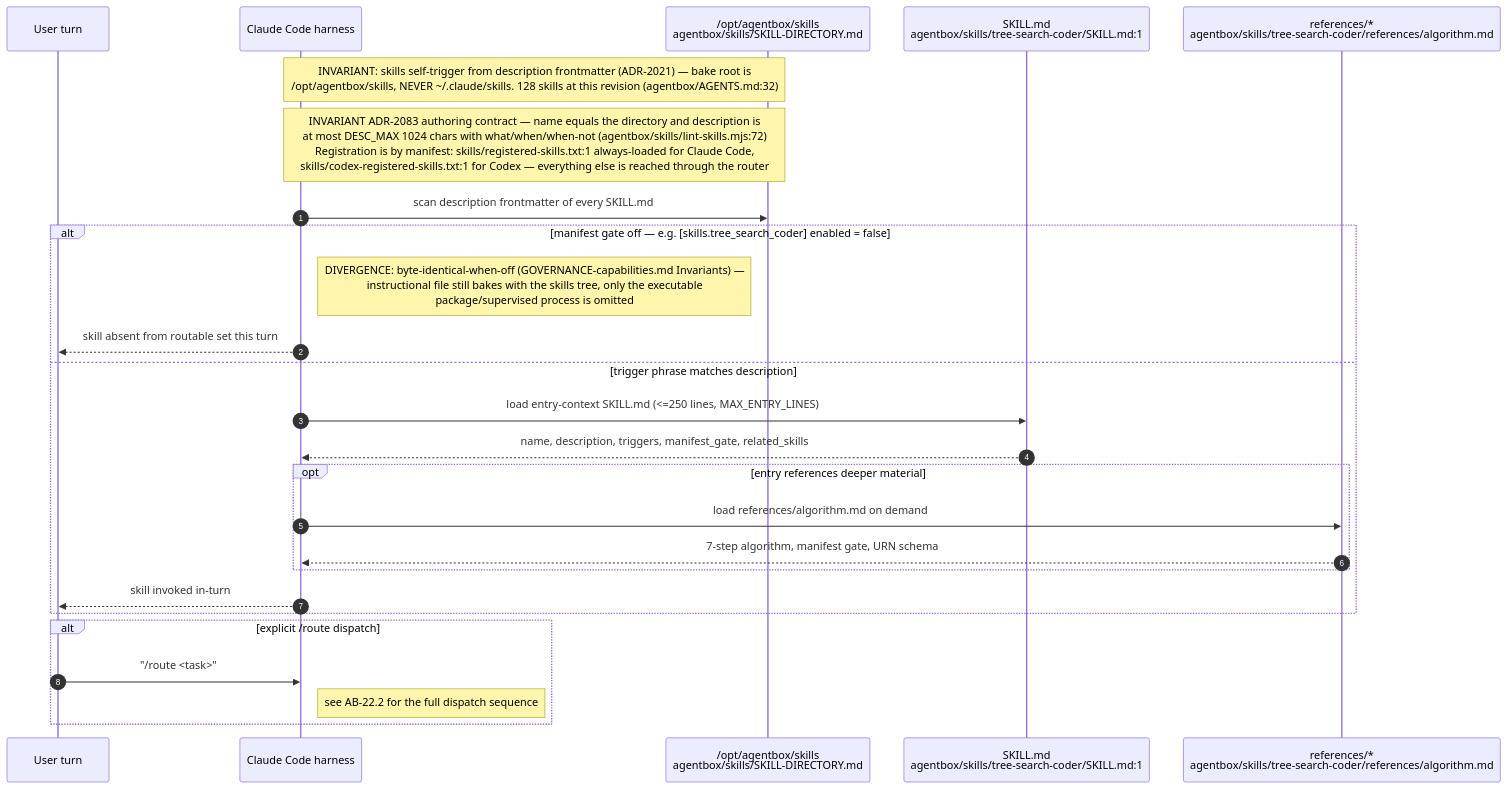
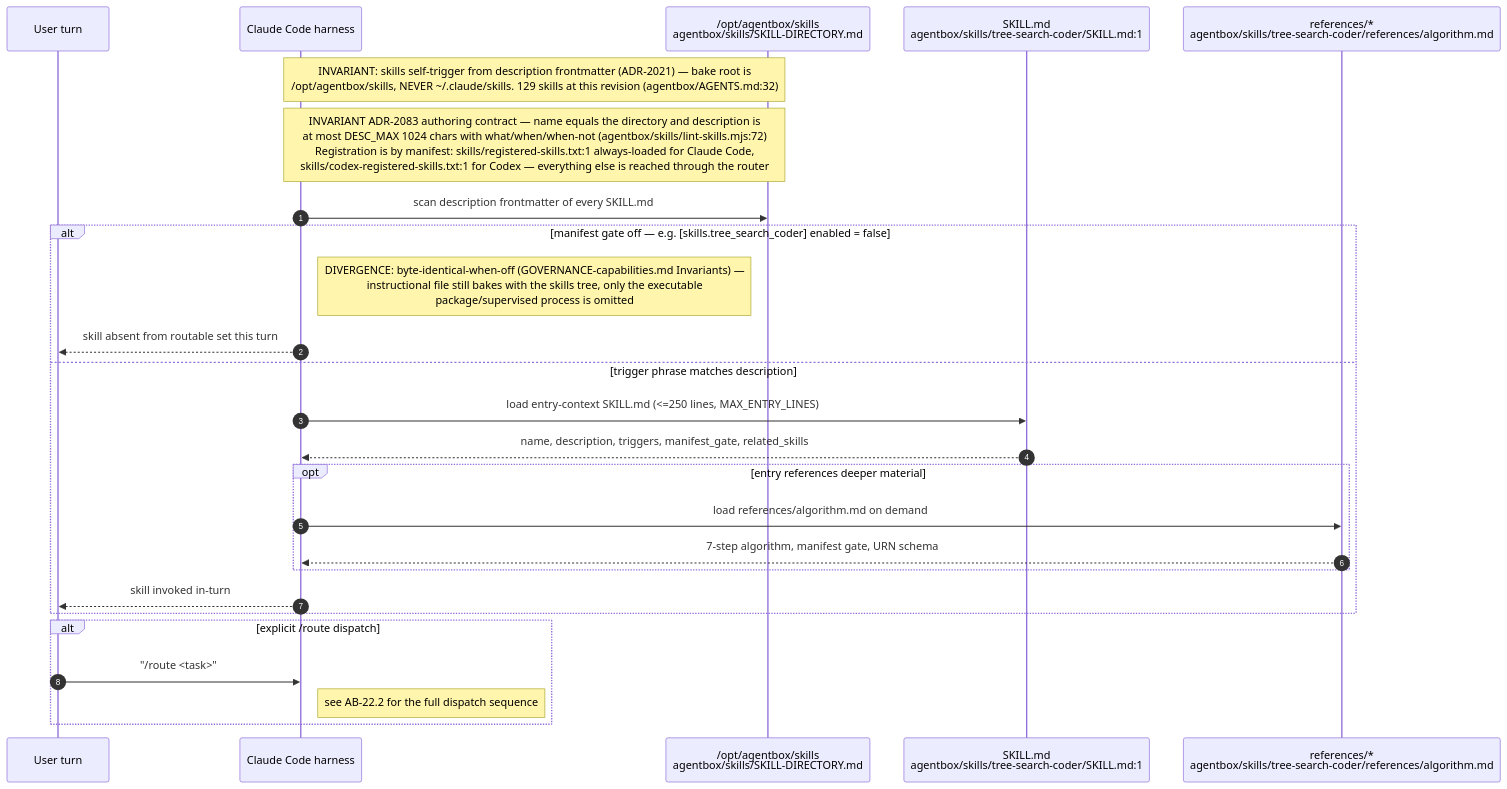
One commit to DreamLab-AI/VisionFlow changed the first of 12 diagrams in docs/diagrams/agentbox/22-skills-and-routing.md. Above: the diagram before and after it, drawn with Mermaid. The commit also changed other lines of this file and 80 other files, not shown here.

First line of the commit message:
docs(diagrams): re-verify the agentbox, dreamlab, estate and visionflow corpus against current sources

````diff
--- a/docs/diagrams/agentbox/22-skills-and-routing.md
+++ b/docs/diagrams/agentbox/22-skills-and-routing.md
@@ -66,29 +66,29 @@
 ```mermaid
 sequenceDiagram
     autonumber
     participant U as User turn
     participant H as Claude Code harness
     participant FS as /opt/agentbox/skills<br/>agentbox/skills/SKILL-DIRECTORY.md
     participant SK as SKILL.md<br/>agentbox/skills/tree-search-coder/SKILL.md:1
     participant REF as references/*<br/>agentbox/skills/tree-search-coder/references/algorithm.md
 
-    Note over H,FS: INVARIANT: skills self-trigger from description frontmatter (ADR-2021) — bake root is<br/>/opt/agentbox/skills, NEVER ~/.claude/skills. 128 skills at this revision (agentbox/AGENTS.md:32)
+    Note over H,FS: INVARIANT: skills self-trigger from description frontmatter (ADR-2021) — bake root is<br/>/opt/agentbox/skills, NEVER ~/.claude/skills. 129 skills at this revision (agentbox/AGENTS.md:32)
     Note over H,FS: INVARIANT ADR-2083 authoring contract — name equals the directory and description is<br/>at most DESC_MAX 1024 chars with what/when/when-not (agentbox/skills/lint-skills.mjs:72)<br/>Registration is by manifest: skills/registered-skills.txt:1 always-loaded for Claude Code,<br/>skills/codex-registered-skills.txt:1 for Codex — everything else is reached through the router
     H->>FS: scan description frontmatter of every SKILL.md
     alt manifest gate off — e.g. [skills.tree_search_coder] enabled = false
         Note right of H: DIVERGENCE: byte-identical-when-off (GOVERNANCE-capabilities.md Invariants) —<br/>instructional file still bakes with the skills tree, only the executable<br/>package/supervised process is omitted
         H-->>U: skill absent from routable set this turn
     else trigger phrase matches description
         H->>SK: load entry-context SKILL.md (<=250 lines, MAX_ENTRY_LINES)
         SK-->>H: name, description, triggers, manifest_gate, related_skills
         opt entry references deeper material
             H->>REF: load references/algorithm.md on demand
             REF-->>H: 7-step algorithm, manifest gate, URN schema
         end
         H-->>U: skill invoked in-turn
     end
     alt explicit /route dispatch
         U->>H: "/route <task>"
         Note right of H: see AB-22.2 for the full dispatch sequence
     end
 ```
````
